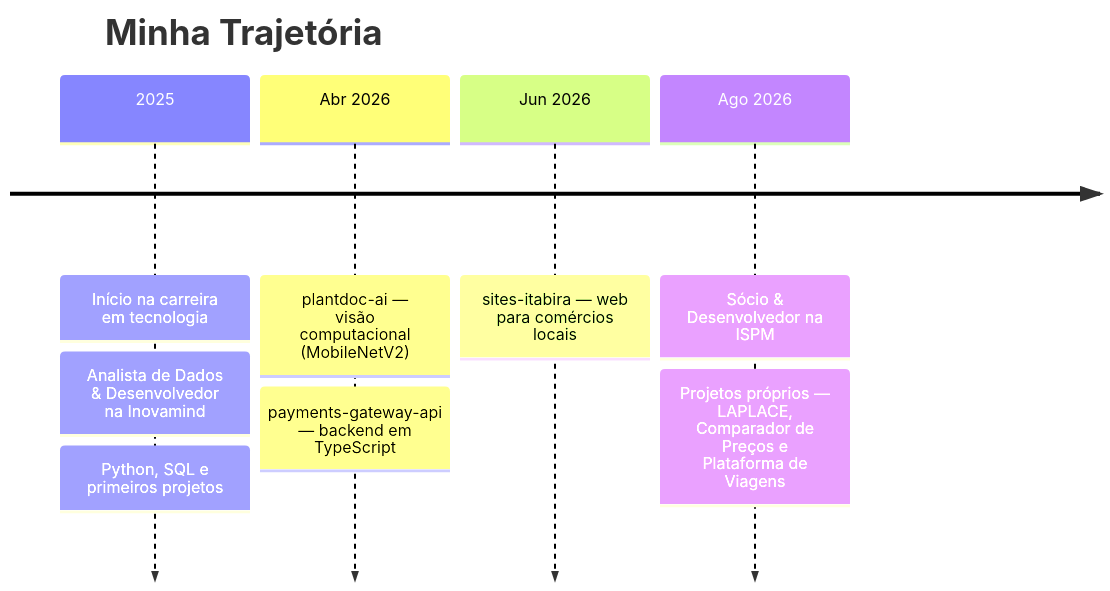
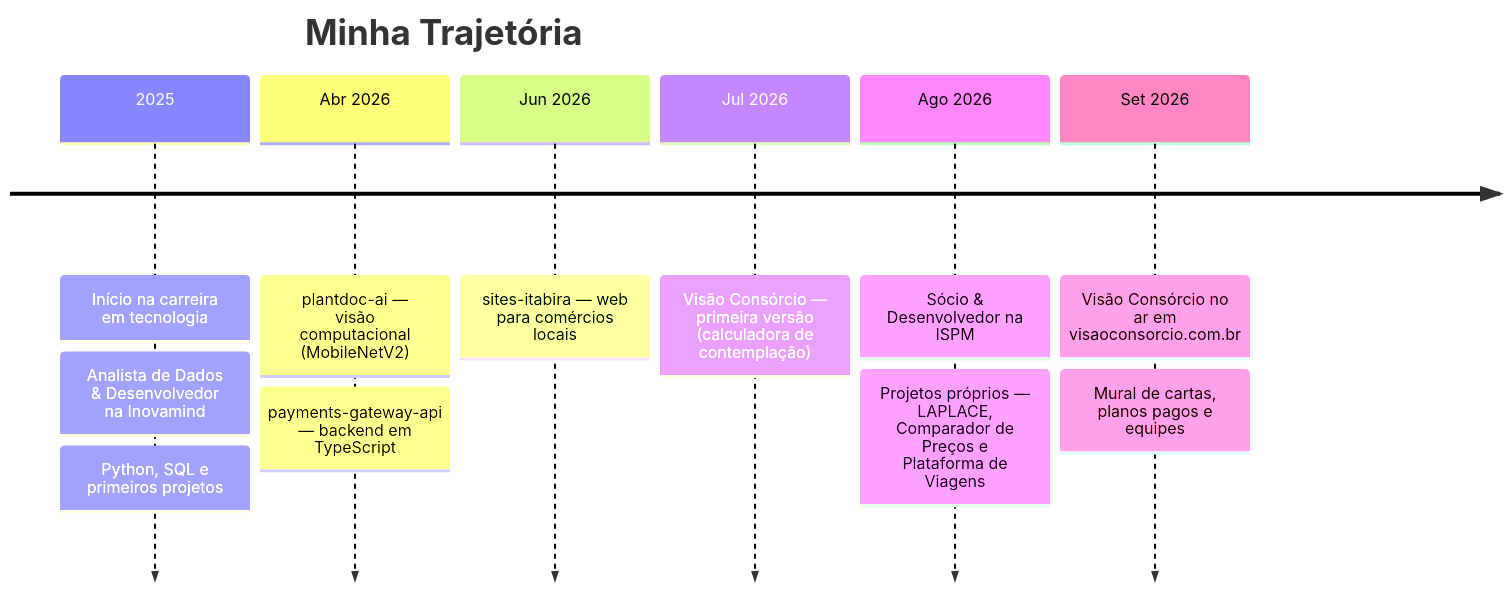
One commit to diego-caldeira-12/diego-caldeira-12 changed the diagram in README.md. Above: the diagram before and after it, drawn with Mermaid. The commit also changed other lines of this file and 2 other files, not shown here.

First line of the commit message:
Destaca o Visão Consórcio no perfil

````diff
--- a/README.md
+++ b/README.md
@@ -223,8 +245,10 @@
 ```mermaid
 timeline
     title Minha Trajetória
     2025 : Início na carreira em tecnologia : Analista de Dados & Desenvolvedor na Inovamind : Python, SQL e primeiros projetos
     Abr 2026 : plantdoc-ai — visão computacional (MobileNetV2) : payments-gateway-api — backend em TypeScript
     Jun 2026 : sites-itabira — web para comércios locais
+    Jul 2026 : Visão Consórcio — primeira versão (calculadora de contemplação)
     Ago 2026 : Sócio & Desenvolvedor na ISPM : Projetos próprios — LAPLACE, Comparador de Preços e Plataforma de Viagens
+    Set 2026 : Visão Consórcio no ar em visaoconsorcio.com.br : Mural de cartas, planos pagos e equipes
 ```
````
